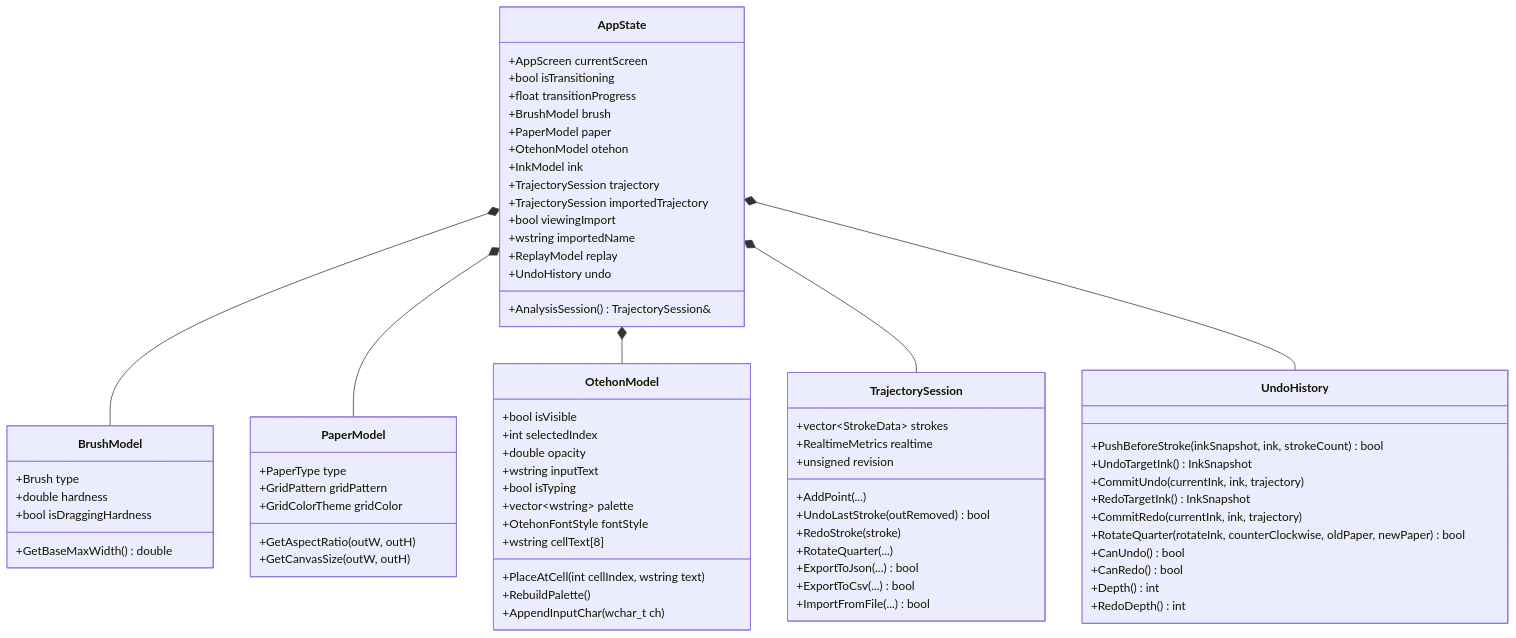
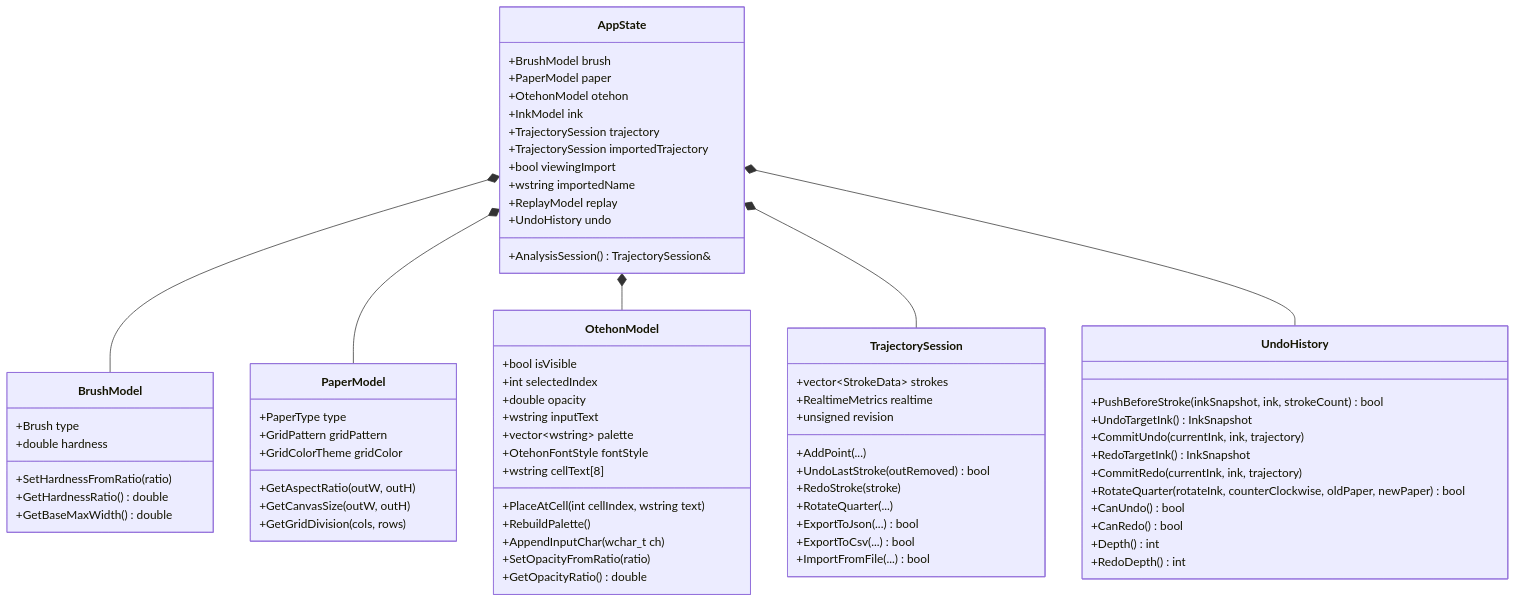
The diagram in learn/models.md (OkuboKazuki/Fude_Sense), drawn with Mermaid before and after one commit. The commit also changed other lines of this file and 5 other files, not shown here.

````diff
--- a/learn/models.md
+++ b/learn/models.md
@@ -11,80 +11,80 @@
 ```mermaid
 classDiagram
     class AppState {
-        +AppScreen currentScreen
-        +bool isTransitioning
-        +float transitionProgress
         +BrushModel brush
         +PaperModel paper
         +OtehonModel otehon
         +InkModel ink
         +TrajectorySession trajectory
         +TrajectorySession importedTrajectory
         +bool viewingImport
         +wstring importedName
         +ReplayModel replay
         +UndoHistory undo
         +AnalysisSession() TrajectorySession&
     }
 
     class BrushModel {
         +Brush type
         +double hardness
-        +bool isDraggingHardness
+        +SetHardnessFromRatio(ratio)
+        +GetHardnessRatio() double
         +GetBaseMaxWidth() double
     }
 
     class PaperModel {
         +PaperType type
         +GridPattern gridPattern
         +GridColorTheme gridColor
         +GetAspectRatio(outW, outH)
         +GetCanvasSize(outW, outH)
+        +GetGridDivision(cols, rows)
     }
 
     class OtehonModel {
         +bool isVisible
         +int selectedIndex
         +double opacity
         +wstring inputText
-        +bool isTyping
         +vector~wstring~ palette
         +OtehonFontStyle fontStyle
         +wstring cellText[8]
         +PlaceAtCell(int cellIndex, wstring text)
         +RebuildPalette()
         +AppendInputChar(wchar_t ch)
+        +SetOpacityFromRatio(ratio)
+        +GetOpacityRatio() double
     }
 
     class TrajectorySession {
         +vector~StrokeData~ strokes
         +RealtimeMetrics realtime
         +unsigned revision
         +AddPoint(...)
         +UndoLastStroke(outRemoved) bool
         +RedoStroke(stroke)
         +RotateQuarter(...)
         +ExportToJson(...) bool
         +ExportToCsv(...) bool
         +ImportFromFile(...) bool
     }
 
     class UndoHistory {
         +PushBeforeStroke(inkSnapshot, ink, strokeCount) bool
         +UndoTargetInk() InkSnapshot
         +CommitUndo(currentInk, ink, trajectory)
         +RedoTargetInk() InkSnapshot
         +CommitRedo(currentInk, ink, trajectory)
         +RotateQuarter(rotateInk, counterClockwise, oldPaper, newPaper) bool
         +CanUndo() bool
         +CanRedo() bool
         +Depth() int
         +RedoDepth() int
     }
 
     AppState *-- BrushModel
     AppState *-- PaperModel
     AppState *-- OtehonModel
     AppState *-- TrajectorySession
     AppState *-- UndoHistory
 ```
````
